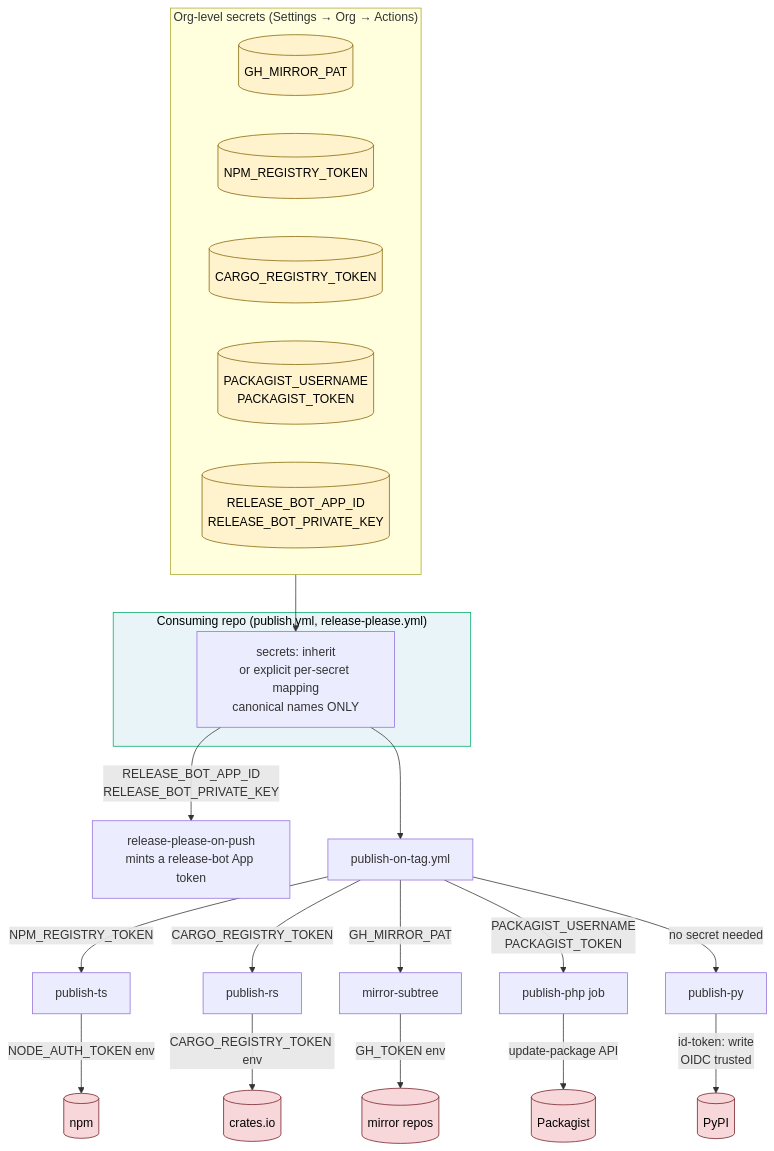
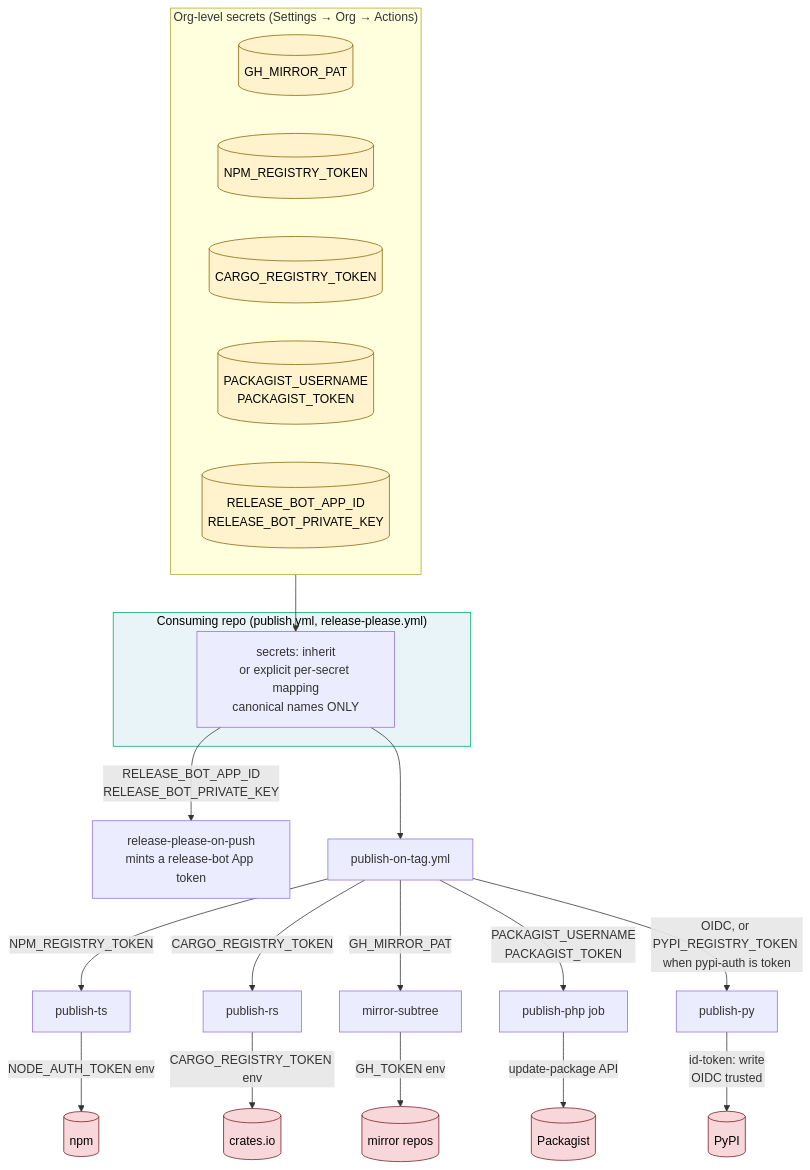
Before and after one commit to hop-top/.github: the fourth of 4 diagrams in docs/architecture.md, drawn with Mermaid. The commit also changed other lines of this file and 3 other files, not shown here.

First line of the commit message:
docs(architecture): fix router diagram parse, PyPI secret edge, tag names

````diff
--- a/docs/architecture.md
+++ b/docs/architecture.md
@@ -143,38 +143,38 @@
 ```mermaid
 flowchart TB
     subgraph OrgLevel ["Org-level secrets (Settings → Org → Actions)"]
         GH_MIRROR_PAT[(GH_MIRROR_PAT)]
         NPM_REGISTRY_TOKEN[(NPM_REGISTRY_TOKEN)]
         CARGO[(CARGO_REGISTRY_TOKEN)]
         PACKAGIST_SECRETS[(PACKAGIST_USERNAME<br/>PACKAGIST_TOKEN)]
         RELEASE_BOT[(RELEASE_BOT_APP_ID<br/>RELEASE_BOT_PRIVATE_KEY)]
     end
 
     subgraph ConsumerRepo ["Consuming repo (publish.yml, release-please.yml)"]
         Inherit[secrets: inherit<br/>or explicit per-secret mapping<br/>canonical names ONLY]
     end
 
     OrgLevel --> Inherit
 
     Inherit -->|RELEASE_BOT_APP_ID<br/>RELEASE_BOT_PRIVATE_KEY| ReleasePleaseJob[release-please-on-push<br/>mints a release-bot App token]
     Inherit --> Router[publish-on-tag.yml]
 
     Router -->|NPM_REGISTRY_TOKEN| PubTS[publish-ts]
     Router -->|CARGO_REGISTRY_TOKEN| PubRS[publish-rs]
     Router -->|GH_MIRROR_PAT| Mirror[mirror-subtree]
     Router -->|PACKAGIST_USERNAME<br/>PACKAGIST_TOKEN| PubPHP[publish-php job]
-    Router -->|no secret needed| PubPY[publish-py]
+    Router -->|"OIDC, or PYPI_REGISTRY_TOKEN when pypi-auth is token"| PubPY[publish-py]
 
     PubTS -->|NODE_AUTH_TOKEN env| NPM[(npm)]
     PubRS -->|CARGO_REGISTRY_TOKEN env| Crates[(crates.io)]
     Mirror -->|GH_TOKEN env| Targets[(mirror repos)]
     PubPHP -->|update-package API| PackagistReg[(Packagist)]
     PubPY -->|id-token: write<br/>OIDC trusted| PyPI[(PyPI)]
 
     classDef secret fill:#fff3cd,stroke:#856404,color:#000
     classDef registry fill:#f8d7da,stroke:#721c24,color:#000
     classDef consumer fill:#e8f4f8,stroke:#0a6,color:#000
     class GH_MIRROR_PAT,NPM_REGISTRY_TOKEN,CARGO,PACKAGIST_SECRETS,RELEASE_BOT secret
     class NPM,Crates,Targets,PackagistReg,PyPI registry
     class ConsumerRepo consumer
 ```
````
